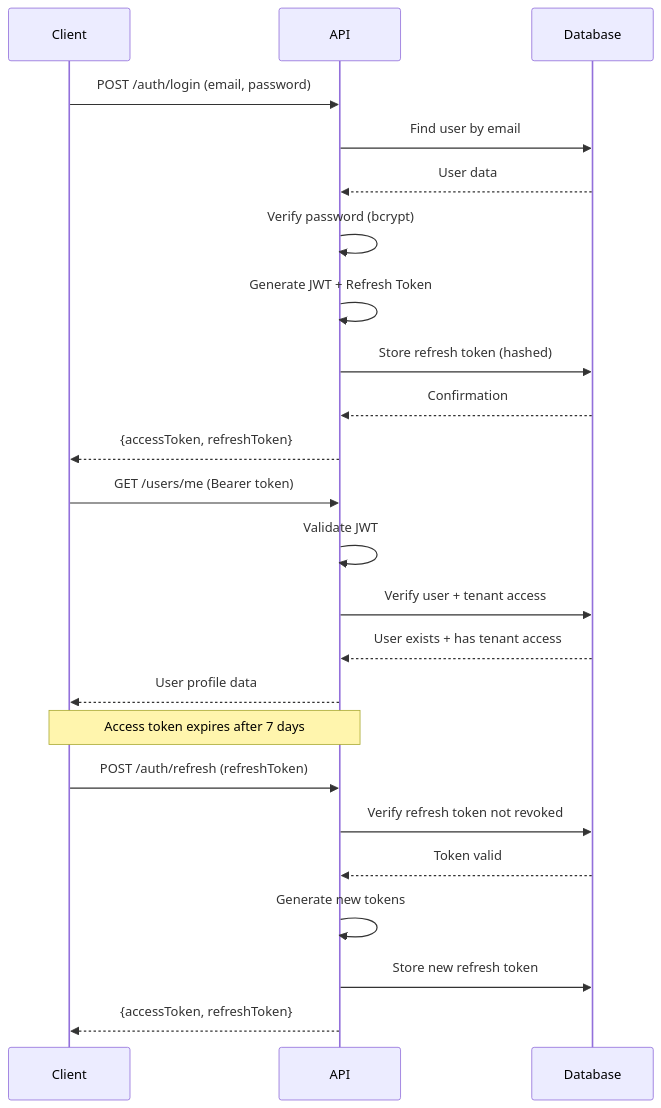
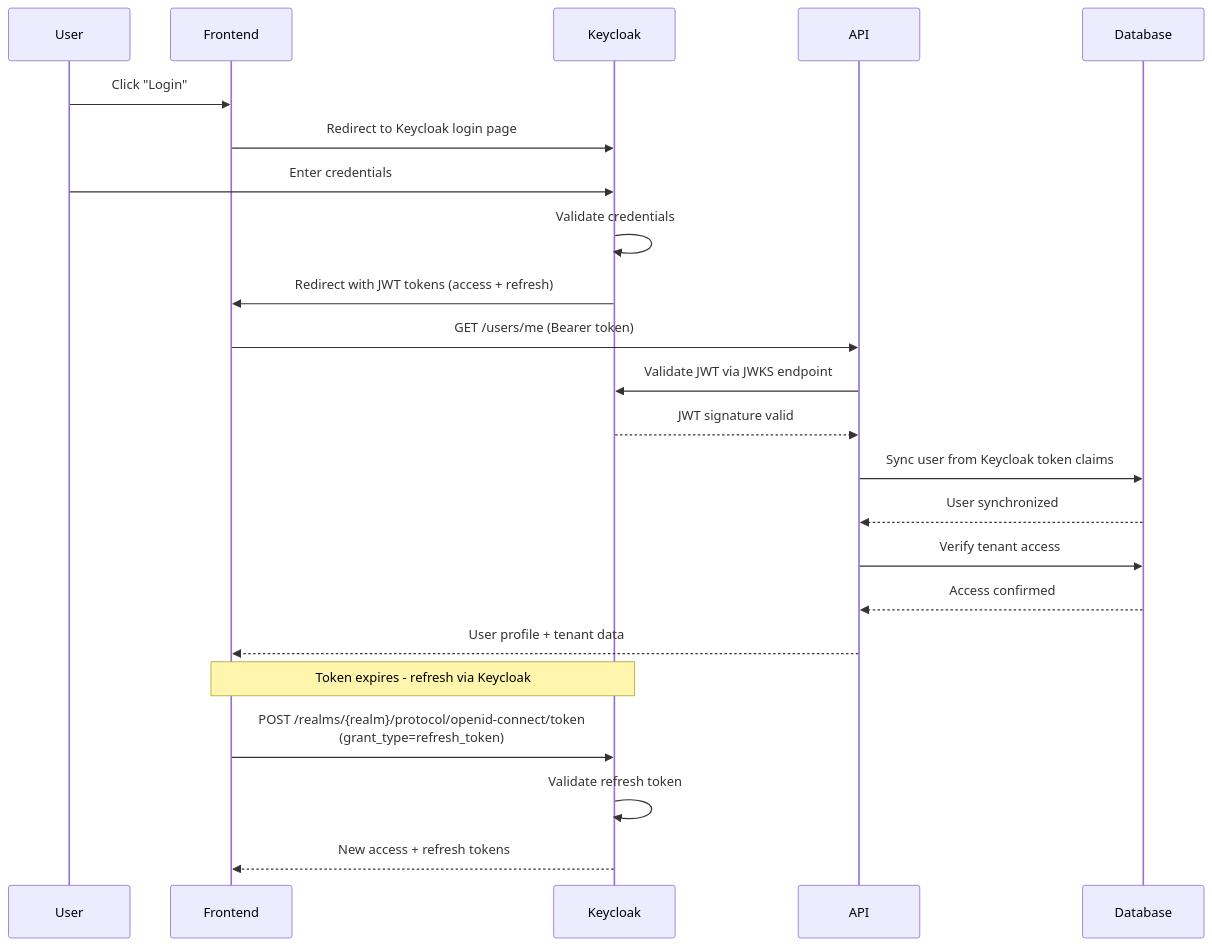
One commit to Rbourree/AIDD-Fullstack changed the diagram in api/docs/architecture/authentication.md. Above: the diagram before and after it, drawn with Mermaid. The commit also changed other lines of this file and 47 other files, not shown here.

````diff
--- a/api/docs/architecture/authentication.md
+++ b/api/docs/architecture/authentication.md
@@ -7,30 +20,29 @@
 ```mermaid
 sequenceDiagram
-    participant Client
+    participant User
+    participant Frontend
+    participant Keycloak
     participant API
     participant Database
 
-    Client->>API: POST /auth/login (email, password)
-    API->>Database: Find user by email
-    Database-->>API: User data
-    API->>API: Verify password (bcrypt)
-    API->>API: Generate JWT + Refresh Token
-    API->>Database: Store refresh token (hashed)
-    Database-->>API: Confirmation
-    API-->>Client: {accessToken, refreshToken}
+    User->>Frontend: Click "Login"
+    Frontend->>Keycloak: Redirect to Keycloak login page
+    User->>Keycloak: Enter credentials
+    Keycloak->>Keycloak: Validate credentials
+    Keycloak->>Frontend: Redirect with JWT tokens (access + refresh)
 
-    Client->>API: GET /users/me (Bearer token)
-    API->>API: Validate JWT
-    API->>Database: Verify user + tenant access
-    Database-->>API: User exists + has tenant access
-    API-->>Client: User profile data
+    Frontend->>API: GET /users/me (Bearer token)
+    API->>Keycloak: Validate JWT via JWKS endpoint
+    Keycloak-->>API: JWT signature valid
+    API->>Database: Sync user from Keycloak token claims
+    Database-->>API: User synchronized
+    API->>Database: Verify tenant access
+    Database-->>API: Access confirmed
+    API-->>Frontend: User profile + tenant data
 
-    Note over Client,API: Access token expires after 7 days
+    Note over Frontend,Keycloak: Token expires - refresh via Keycloak
 
-    Client->>API: POST /auth/refresh (refreshToken)
-    API->>Database: Verify refresh token not revoked
-    Database-->>API: Token valid
-    API->>API: Generate new tokens
-    API->>Database: Store new refresh token
-    API-->>Client: {accessToken, refreshToken}
+    Frontend->>Keycloak: POST /realms/{realm}/protocol/openid-connect/token<br/>(grant_type=refresh_token)
+    Keycloak->>Keycloak: Validate refresh token
+    Keycloak-->>Frontend: New access + refresh tokens
 ```
````
